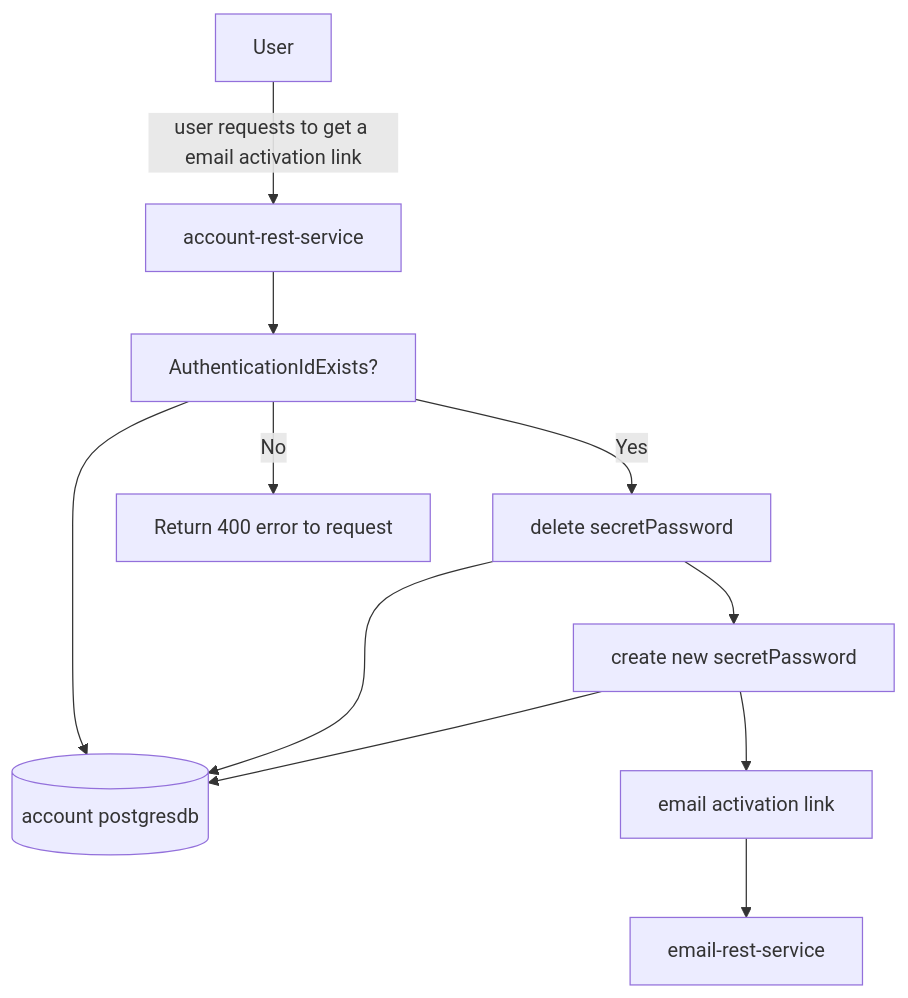
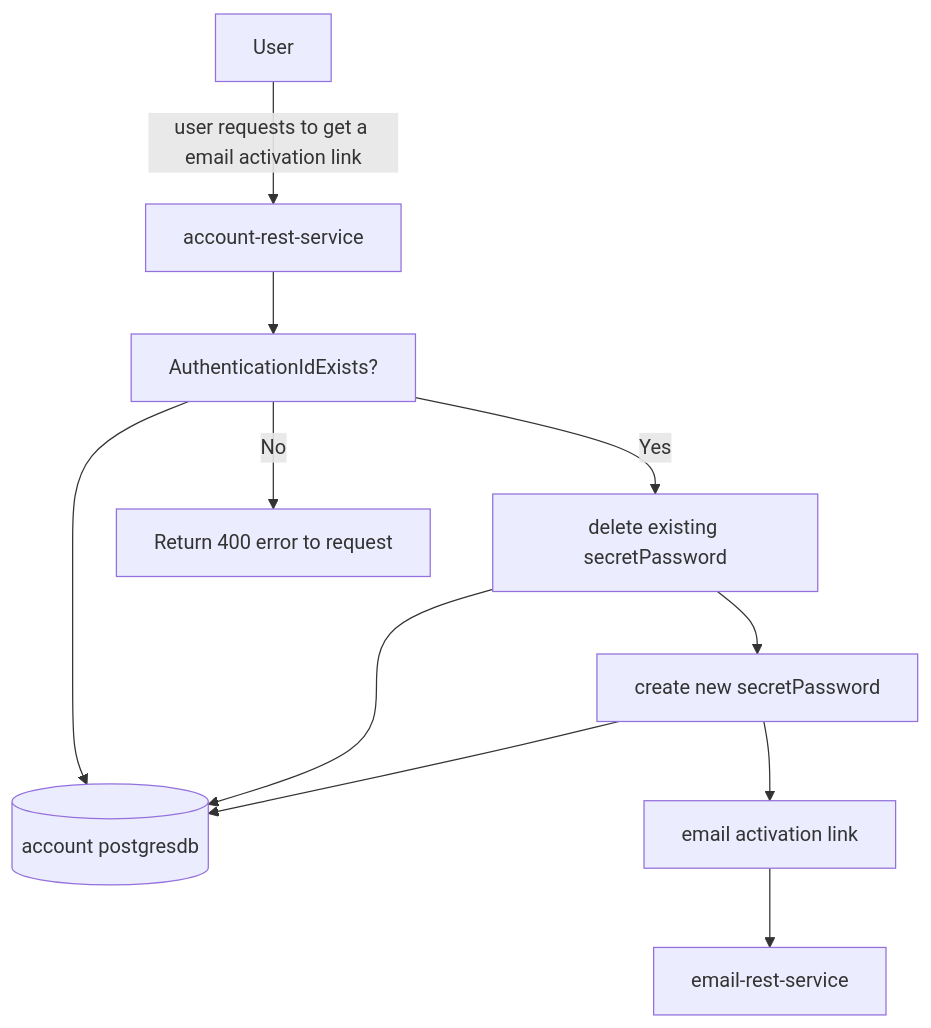
One commit to sonamsamdupkhangsar/account-rest-service changed the third of 4 diagrams in README.md. Above: the diagram before and after it, drawn with Mermaid. The commit also changed other lines of this file, not shown here.

````diff
--- a/README.md
+++ b/README.md
@@ -113,14 +113,13 @@
 ```mermaid
 flowchart TD
   User --"user requests to get a email activation link"--> account-rest-service
   account-rest-service --> validateAuthenticationIdExists["AuthenticationIdExists?"]
   validateAuthenticationIdExists --> accountDb[(account postgresdb)]
-  validateAuthenticationIdExists -->|Yes| deleteAnySecretPassword["delete secretPassword"]
+  validateAuthenticationIdExists -->|Yes| deleteAnySecretPassword["delete existing secretPassword"]
   deleteAnySecretPassword --> accountDb
   validateAuthenticationIdExists -->|No| ReturnError[Return 400 error to request]
   deleteAnySecretPassword --> createNewSecretPassword["create new secretPassword"]
   createNewSecretPassword --> accountDb
   createNewSecretPassword --> emailActivationLink["email activation link"]
-  emailActivationLink --> email-rest-service
-                       
+  emailActivationLink --> email-rest-service                  
 ```
````
